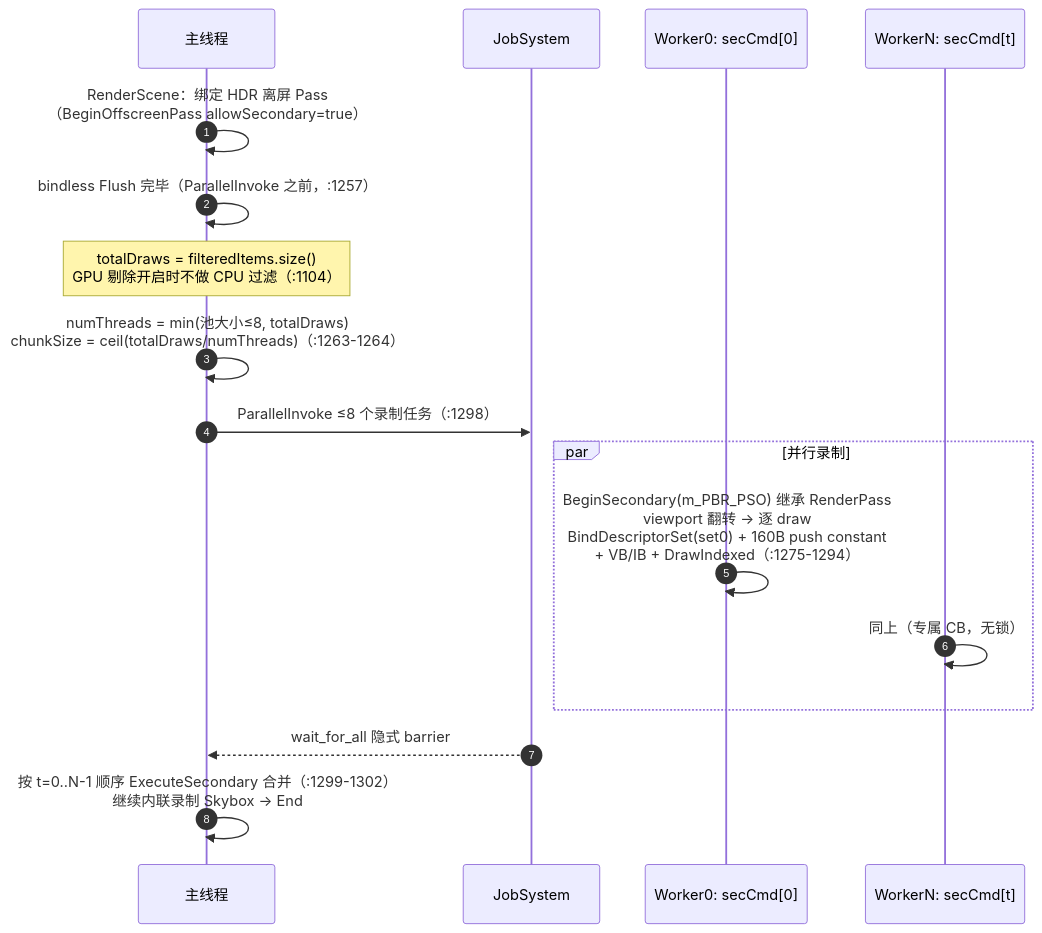
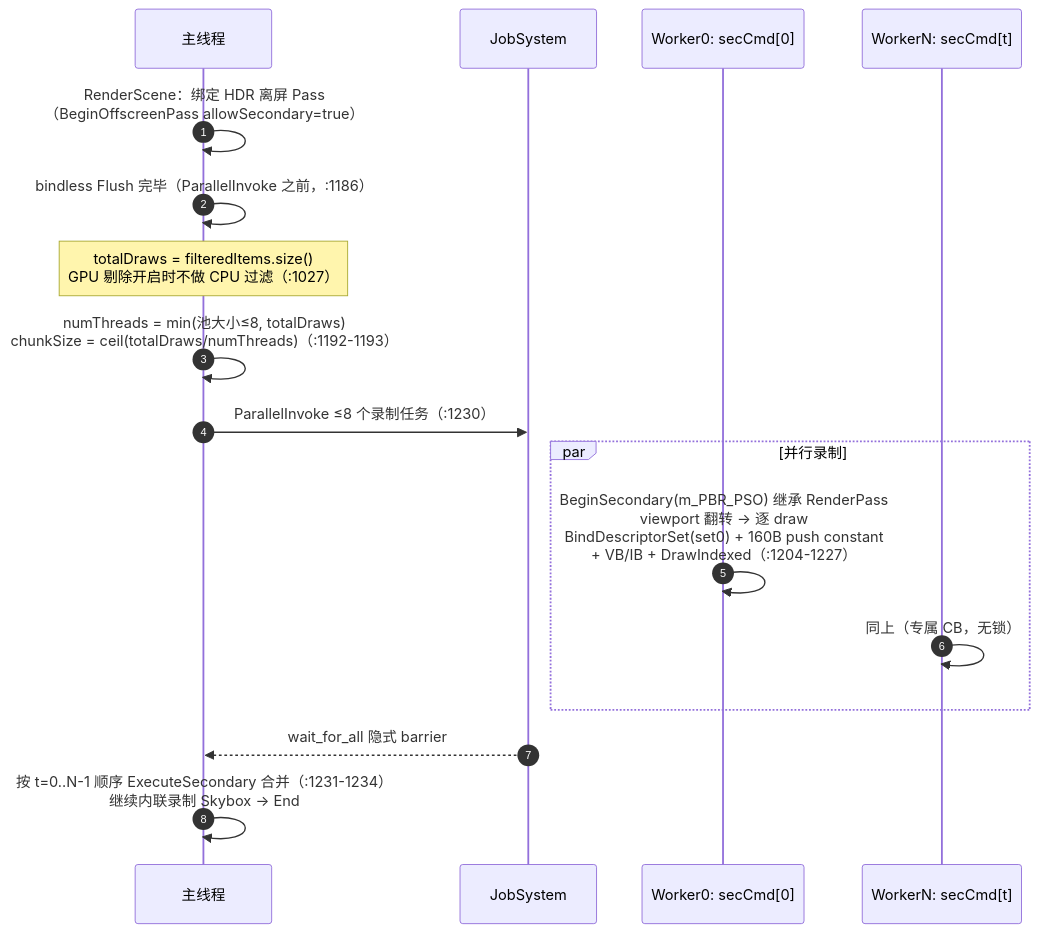
The fourth of 7 diagrams in docs/HugEngine引擎介绍/15.多线程架构与渲染实现分析.md (huguozhu/HugEngine), drawn with Mermaid before and after one commit. The commit also changed other lines of this file and 7 other files, not shown here.

````diff
--- a/docs/HugEngine引擎介绍/15.多线程架构与渲染实现分析.md
+++ b/docs/HugEngine引擎介绍/15.多线程架构与渲染实现分析.md
@@ -364,20 +367,20 @@
 ```mermaid
 sequenceDiagram
     autonumber
     participant Main as 主线程
     participant Job as JobSystem
     participant W0 as Worker0: secCmd[0]
     participant WN as WorkerN: secCmd[t]
 
     Main->>Main: RenderScene：绑定 HDR 离屏 Pass<br/>（BeginOffscreenPass allowSecondary=true）
-    Main->>Main: bindless Flush 完毕（ParallelInvoke 之前，:1257）
-    Note over Main: totalDraws = filteredItems.size()<br/>GPU 剔除开启时不做 CPU 过滤（:1104）
-    Main->>Main: numThreads = min(池大小≤8, totalDraws)<br/>chunkSize = ceil(totalDraws/numThreads)（:1263-1264）
-    Main->>Job: ParallelInvoke ≤8 个录制任务（:1298）
+    Main->>Main: bindless Flush 完毕（ParallelInvoke 之前，:1186）
+    Note over Main: totalDraws = filteredItems.size()<br/>GPU 剔除开启时不做 CPU 过滤（:1027）
+    Main->>Main: numThreads = min(池大小≤8, totalDraws)<br/>chunkSize = ceil(totalDraws/numThreads)（:1192-1193）
+    Main->>Job: ParallelInvoke ≤8 个录制任务（:1230）
     par 并行录制
-        W0->>W0: BeginSecondary(m_PBR_PSO) 继承 RenderPass<br/>viewport 翻转 → 逐 draw<br/>BindDescriptorSet(set0) + 160B push constant<br/>+ VB/IB + DrawIndexed（:1275-1294）
+        W0->>W0: BeginSecondary(m_PBR_PSO) 继承 RenderPass<br/>viewport 翻转 → 逐 draw<br/>BindDescriptorSet(set0) + 160B push constant<br/>+ VB/IB + DrawIndexed（:1204-1227）
         WN->>WN: 同上（专属 CB，无锁）
     end
     Job-->>Main: wait_for_all 隐式 barrier
-    Main->>Main: 按 t=0..N-1 顺序 ExecuteSecondary 合并（:1299-1302）<br/>继续内联录制 Skybox → End
+    Main->>Main: 按 t=0..N-1 顺序 ExecuteSecondary 合并（:1231-1234）<br/>继续内联录制 Skybox → End
 ```
````
